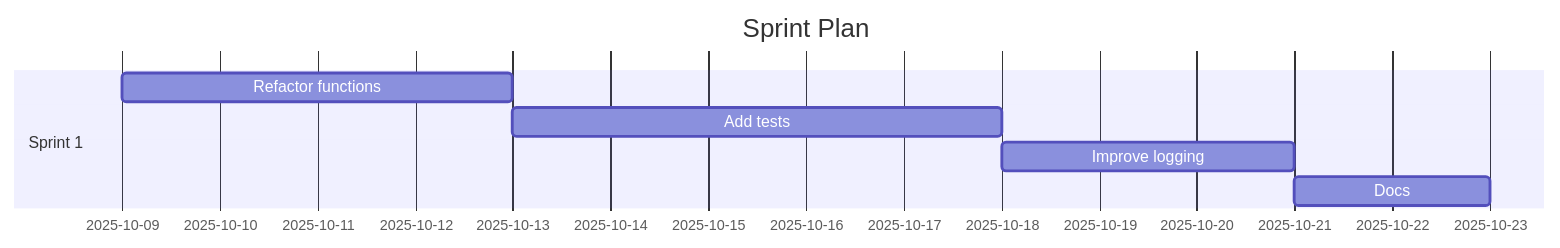
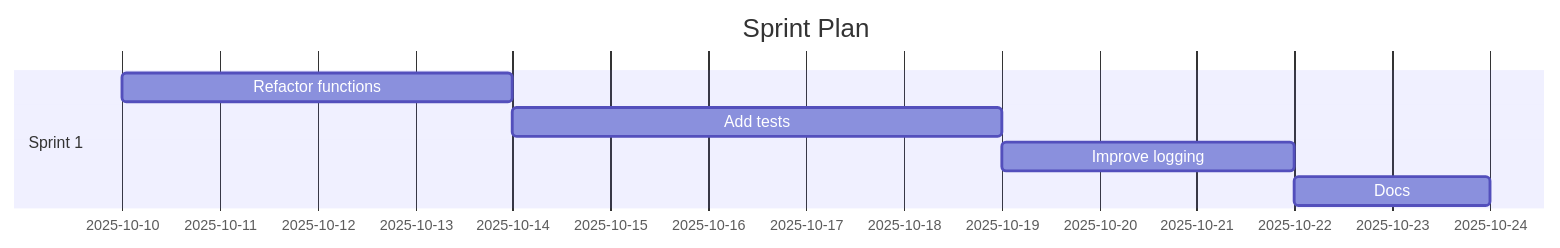
The diagram in demos/demo-code-analysis.sprint.md (Anselmoo/mcp-ai-agent-guidelines), drawn with Mermaid before and after one commit. The commit also changed other lines of this file and 17 other files, not shown here.

First line of the commit message:
✨ Enhance flow-based prompting with comprehensive documentation and Serena integration (#123)

````diff
--- a/demos/demo-code-analysis.sprint.md
+++ b/demos/demo-code-analysis.sprint.md
@@ -59,11 +59,11 @@
 ```mermaid
 gantt
 	dateFormat  YYYY-MM-DD
 	title Sprint Plan
 %% Accessibility: Title=Project Sprint Plan; Description=Gantt chart of sprints and tasks over time. %%
   section Sprint 1
-  Refactor functions :s1t0, 2025-10-09, 4d
-  Add tests :s1t1, 2025-10-13, 5d
-  Improve logging :s1t2, 2025-10-18, 3d
-  Docs :s1t3, 2025-10-21, 2d
+  Refactor functions :s1t0, 2025-10-10, 4d
+  Add tests :s1t1, 2025-10-14, 5d
+  Improve logging :s1t2, 2025-10-19, 3d
+  Docs :s1t3, 2025-10-22, 2d
 ```
````
